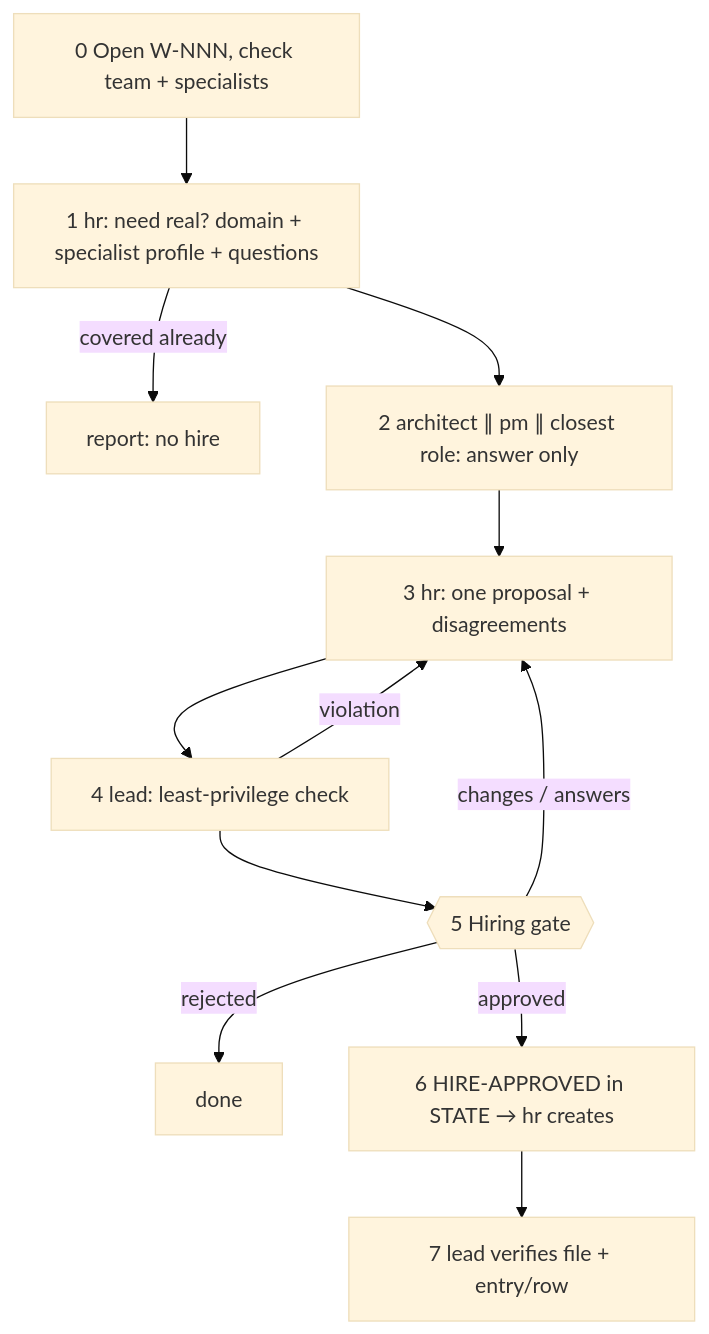
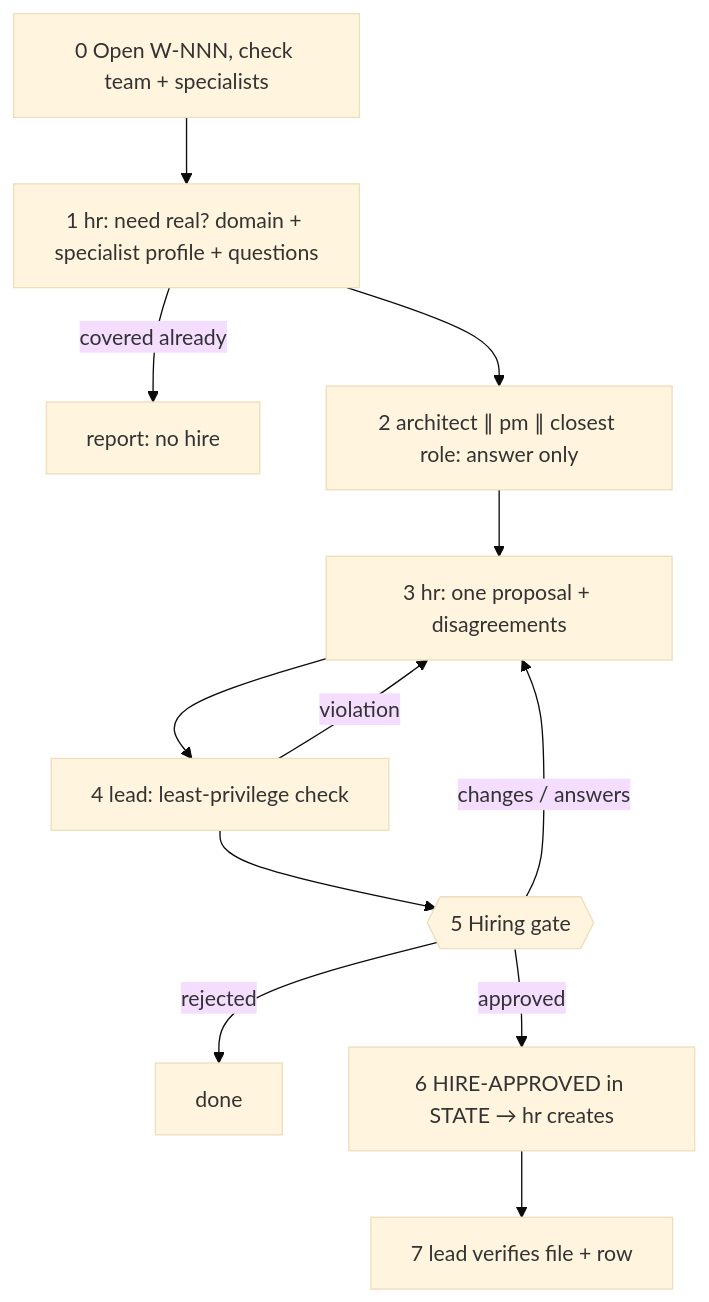
Before and after one commit to Tuan-Quyen/technical-teams: the first of 2 diagrams in commands/hire.md, drawn with Mermaid (base theme). The commit also changed other lines of this file and 48 other files, not shown here.

````diff
--- a/commands/hire.md
+++ b/commands/hire.md
@@ -50,14 +49,14 @@
 ```mermaid
 flowchart TD
   A[0 Open W-NNN, check team + specialists] --> B[1 hr: need real? domain + specialist profile + questions]
   B -- covered already --> N[report: no hire]
   B --> C[2 architect ∥ pm ∥ closest role: answer only]
   C --> D[3 hr: one proposal + disagreements]
   D --> E[4 lead: least-privilege check]
   E -- violation --> D
   E --> G{{5 Hiring gate}}
   G -- changes / answers --> D
   G -- rejected --> R[done]
   G -- approved --> H[6 HIRE-APPROVED in STATE → hr creates]
-  H --> V[7 lead verifies file + entry/row]
+  H --> V[7 lead verifies file + row]
 ```
````
